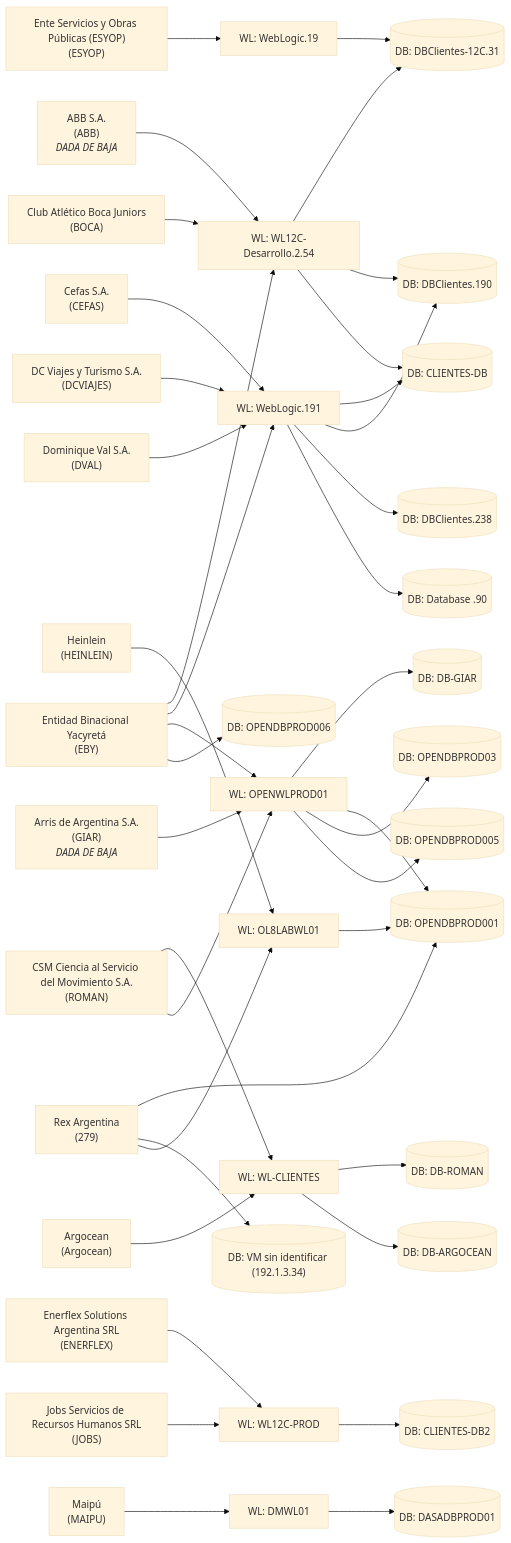
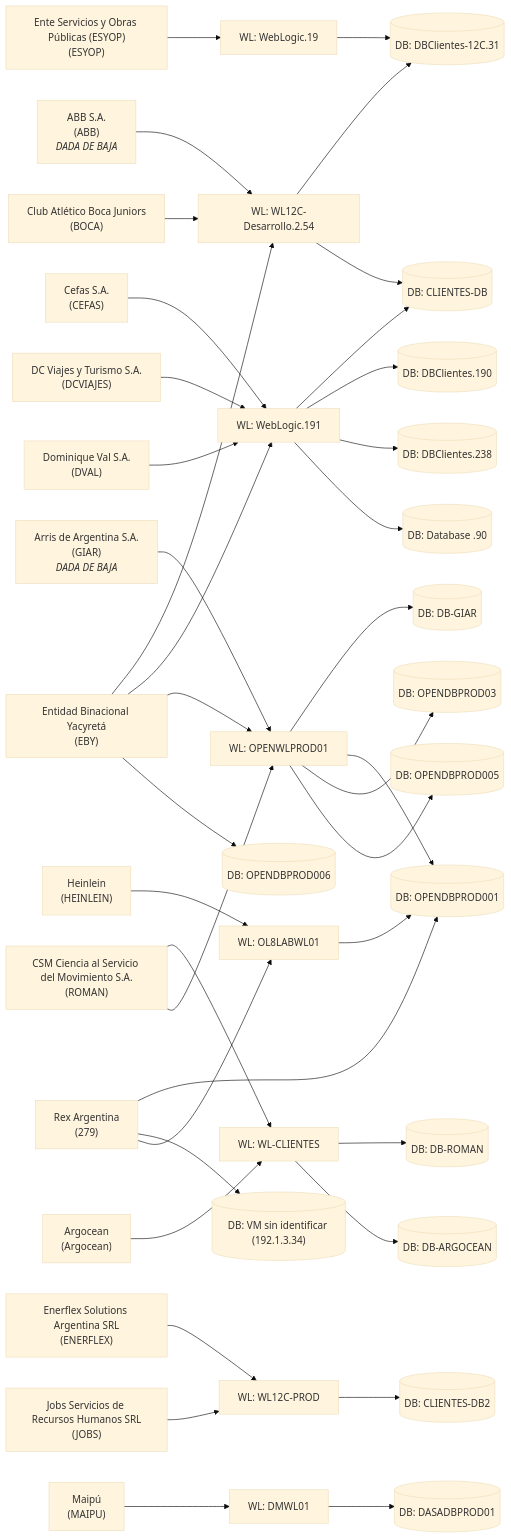
The first of 2 diagrams in infra/topology.md (gianfranco-s/smartsouth-opensolutions), drawn with Mermaid (base theme) before and after one commit. The commit also changed other lines of this file and 8 other files, not shown here.

````diff
--- a/infra/topology.md
+++ b/infra/topology.md
@@ -13,79 +13,78 @@
 ```mermaid
 flowchart LR
   n_ABB["ABB S.A.<br/>(ABB)<br/><i>DADA DE BAJA</i>"]
   n_WL12C_Desarrollo_2_54["WL: WL12C-Desarrollo.2.54"]
   n_DBClientes_12C_31[("DB: DBClientes-12C.31")]
   n_DBClientes_190[("DB: DBClientes.190")]
   n_GIAR["Arris de Argentina S.A.<br/>(GIAR)<br/><i>DADA DE BAJA</i>"]
   n_OPENWLPROD01["WL: OPENWLPROD01"]
   n_DB_GIAR[("DB: DB-GIAR")]
   n_OPENDBPROD001[("DB: OPENDBPROD001")]
   n_CEFAS["Cefas S.A.<br/>(CEFAS)"]
   n_WebLogic_191["WL: WebLogic.191"]
   n_CLIENTES_DB[("DB: CLIENTES-DB")]
   n_BOCA["Club Atlético Boca Juniors<br/>(BOCA)"]
   n_ROMAN["CSM Ciencia al Servicio del Movimiento S.A.<br/>(ROMAN)"]
   n_WL_CLIENTES["WL: WL-CLIENTES"]
   n_DB_ROMAN[("DB: DB-ROMAN")]
   n_OPENDBPROD03[("DB: OPENDBPROD03")]
   n_DCVIAJES["DC Viajes y Turismo S.A.<br/>(DCVIAJES)"]
   n_DVAL["Dominique Val S.A.<br/>(DVAL)"]
   n_DBClientes_238[("DB: DBClientes.238")]
   n_ENERFLEX["Enerflex Solutions Argentina SRL<br/>(ENERFLEX)"]
   n_WL12C_PROD["WL: WL12C-PROD"]
   n_CLIENTES_DB2[("DB: CLIENTES-DB2")]
   n_ESYOP["Ente Servicios y Obras Públicas (ESYOP)<br/>(ESYOP)"]
   n_WebLogic_19["WL: WebLogic.19"]
   n_EBY["Entidad Binacional Yacyretá<br/>(EBY)"]
   n_Database__90[("DB: Database .90")]
   n_OPENDBPROD005[("DB: OPENDBPROD005")]
   n_OPENDBPROD006[("DB: OPENDBPROD006")]
   n_JOBS["Jobs Servicios de Recursos Humanos SRL<br/>(JOBS)"]
   n_HEINLEIN["Heinlein<br/>(HEINLEIN)"]
   n_OL8LABWL01["WL: OL8LABWL01"]
   n_MAIPU["Maipú<br/>(MAIPU)"]
   n_DMWL01["WL: DMWL01"]
   n_DASADBPROD01[("DB: DASADBPROD01")]
   n_279["Rex Argentina<br/>(279)"]
   n_192_1_3_34[("DB: VM sin identificar (192.1.3.34)")]
   n_Argocean["Argocean<br/>(Argocean)"]
   n_DB_ARGOCEAN[("DB: DB-ARGOCEAN")]
   n_ABB --> n_WL12C_Desarrollo_2_54
   n_WL12C_Desarrollo_2_54 --> n_DBClientes_12C_31
-  n_WL12C_Desarrollo_2_54 --> n_DBClientes_190
   n_GIAR --> n_OPENWLPROD01
   n_OPENWLPROD01 --> n_DB_GIAR
   n_OPENWLPROD01 --> n_OPENDBPROD001
   n_CEFAS --> n_WebLogic_191
   n_WebLogic_191 --> n_CLIENTES_DB
   n_BOCA --> n_WL12C_Desarrollo_2_54
   n_WL12C_Desarrollo_2_54 --> n_CLIENTES_DB
   n_ROMAN --> n_WL_CLIENTES
   n_WL_CLIENTES --> n_DB_ROMAN
   n_ROMAN --> n_OPENWLPROD01
   n_OPENWLPROD01 --> n_OPENDBPROD03
   n_DCVIAJES --> n_WebLogic_191
   n_WebLogic_191 --> n_DBClientes_190
   n_DVAL --> n_WebLogic_191
   n_WebLogic_191 --> n_DBClientes_238
   n_ENERFLEX --> n_WL12C_PROD
   n_WL12C_PROD --> n_CLIENTES_DB2
   n_ESYOP --> n_WebLogic_19
   n_WebLogic_19 --> n_DBClientes_12C_31
   n_EBY --> n_WL12C_Desarrollo_2_54
   n_EBY --> n_WebLogic_191
   n_WebLogic_191 --> n_Database__90
   n_EBY --> n_OPENWLPROD01
   n_OPENWLPROD01 --> n_OPENDBPROD005
   n_EBY --> n_OPENDBPROD006
   n_JOBS --> n_WL12C_PROD
   n_HEINLEIN --> n_OL8LABWL01
   n_OL8LABWL01 --> n_OPENDBPROD001
   n_MAIPU --> n_DMWL01
   n_DMWL01 --> n_DASADBPROD01
   n_279 --> n_OPENDBPROD001
   n_279 --> n_192_1_3_34
   n_279 --> n_OL8LABWL01
   n_Argocean --> n_WL_CLIENTES
   n_WL_CLIENTES --> n_DB_ARGOCEAN
 ```
````
